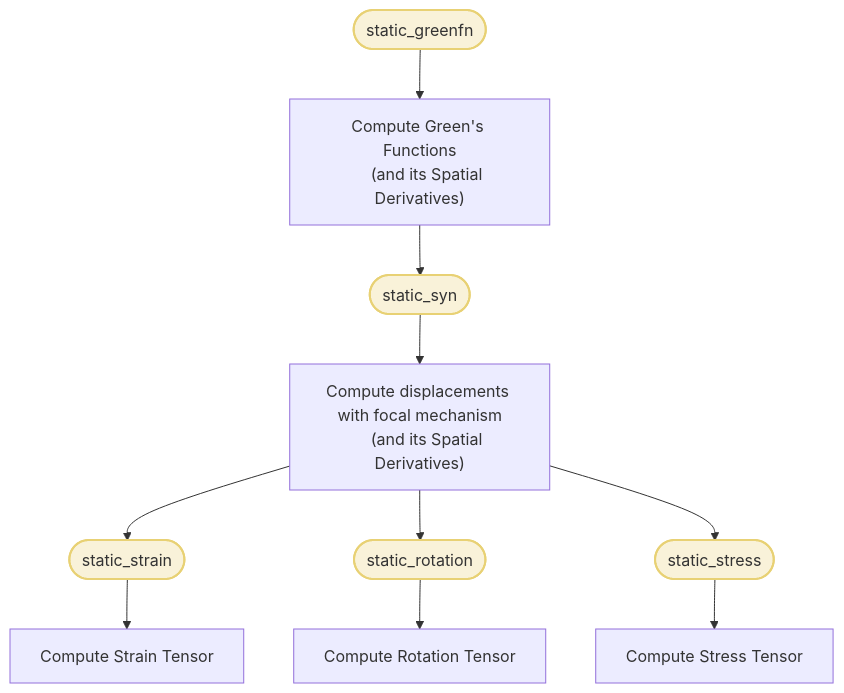
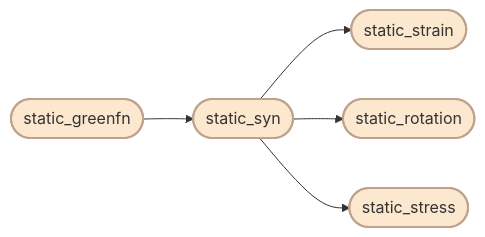
The third of 3 diagrams in docs/source/Module/index.rst (Dengda98/PyGRT), drawn with Mermaid before and after one commit. The commit also changed other lines of this file and 19 other files, not shown here.

```diff
--- a/docs/source/Module/index.rst
+++ b/docs/source/Module/index.rst
@@ -58,26 +116,17 @@
-.. mermaid::
+            .. mermaid::
 
-    flowchart TB 
+                flowchart LR 
 
-        GG(["static_greenfn"])
-        SS(["static_syn"])
-        EE(["static_strain"])
-        RR(["static_rotation"])
-        TT(["static_stress"])
+                GG(["static_greenfn"])
+                SS(["static_syn"])
+                EE(["static_strain"])
+                RR(["static_rotation"])
+                TT(["static_stress"])
 
-        G["Compute Green's Functions
-        (and its Spatial Derivatives)"]
-        S["Compute displacements with focal mechanism
-        (and its Spatial Derivatives)"]
-        E["Compute Strain Tensor"]
-        R["Compute Rotation Tensor"]
-        T["Compute Stress Tensor"]
-
-        GG --> G
-        G --> SS --> S
-        S --> EE --> E
-        S --> RR --> R
-        S --> TT --> T
-        
-        classDef cmdcls fill:#f9f2d9,stroke:#e8d174,stroke-width:2px,color:#333;
-        class GG,SS,EE,RR,TT cmdcls
+                GG --> SS
+                SS --> EE
+                SS --> RR
+                SS --> TT
+                
+                classDef cmdcls fill:#FBE8CE,stroke:#BFA28C,stroke-width:2px,color:#333;
+                class GG,SS,EE,RR,TT cmdcls
```
